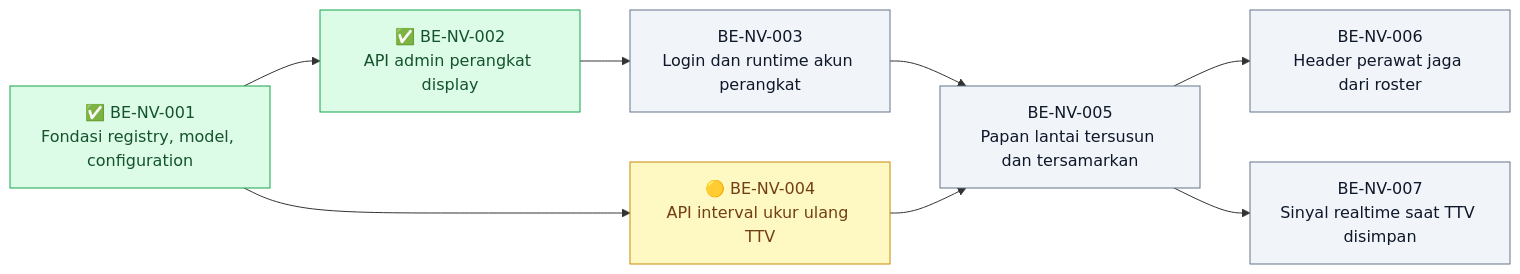
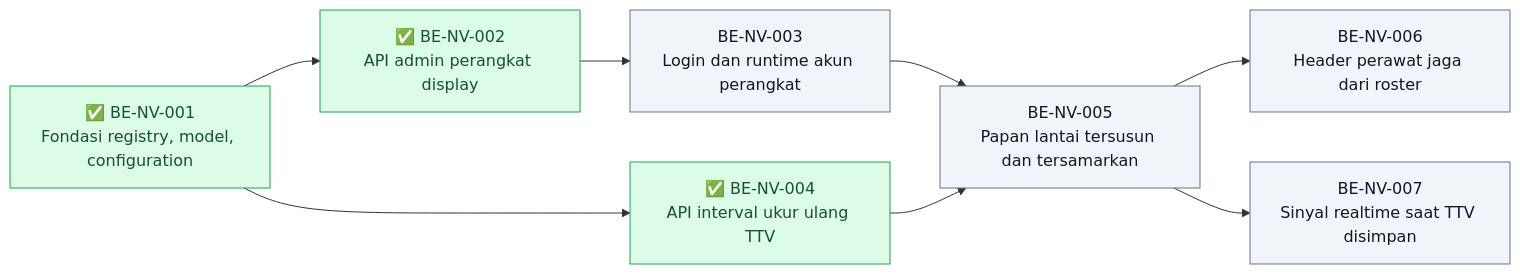
The diagram in docs/module-blueprints/nurse-view/roadmap/backend-roadmap.md (DevBenari/NewQuilvianSystemBackend), drawn with Mermaid before and after one commit. The commit also changed other lines of this file and 18 other files, not shown here.

````diff
--- a/docs/module-blueprints/nurse-view/roadmap/backend-roadmap.md
+++ b/docs/module-blueprints/nurse-view/roadmap/backend-roadmap.md
@@ -22,24 +22,24 @@
 ```mermaid
 flowchart LR
     classDef selesai fill:#DCFCE7,stroke:#16A34A,color:#14532D
     classDef sebagian fill:#FEF9C3,stroke:#CA8A04,color:#713F12
     classDef terblokir fill:#FEE2E2,stroke:#DC2626,color:#7F1D1D
     classDef belum fill:#F1F5F9,stroke:#64748B,color:#0F172A
     classDef luar fill:#EDE9FE,stroke:#7C3AED,color:#3B0764
 
     BENV001["✅ BE-NV-001<br/>Fondasi registry, model, configuration"]:::selesai
     BENV002["✅ BE-NV-002<br/>API admin perangkat display"]:::selesai
     BENV003["BE-NV-003<br/>Login dan runtime akun perangkat"]:::belum
-    BENV004["🟡 BE-NV-004<br/>API interval ukur ulang TTV"]:::sebagian
+    BENV004["✅ BE-NV-004<br/>API interval ukur ulang TTV"]:::selesai
     BENV005["BE-NV-005<br/>Papan lantai tersusun dan tersamarkan"]:::belum
     BENV006["BE-NV-006<br/>Header perawat jaga dari roster"]:::belum
     BENV007["BE-NV-007<br/>Sinyal realtime saat TTV disimpan"]:::belum
 
     BENV001 --> BENV002
     BENV001 --> BENV004
     BENV002 --> BENV003
     BENV003 --> BENV005
     BENV004 --> BENV005
     BENV005 --> BENV006
     BENV005 --> BENV007
 ```
````
